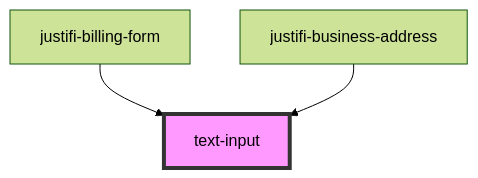
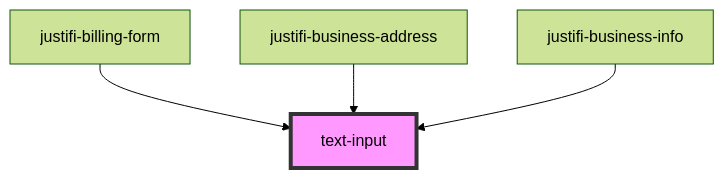
Before and after one commit to justifi-tech/web-component-library: the diagram in stencil-library/src/components/text-input/readme.md, drawn with Mermaid (forest theme). The commit also changed other lines of this file and 9 other files, not shown here.

Commit message:
add business-info component with form validation and types

````diff
--- a/stencil-library/src/components/text-input/readme.md
+++ b/stencil-library/src/components/text-input/readme.md
@@ -38,6 +39,7 @@
 ```mermaid
 graph TD;
   justifi-billing-form --> text-input
   justifi-business-address --> text-input
+  justifi-business-info --> text-input
   style text-input fill:#f9f,stroke:#333,stroke-width:4px
 ```
````
